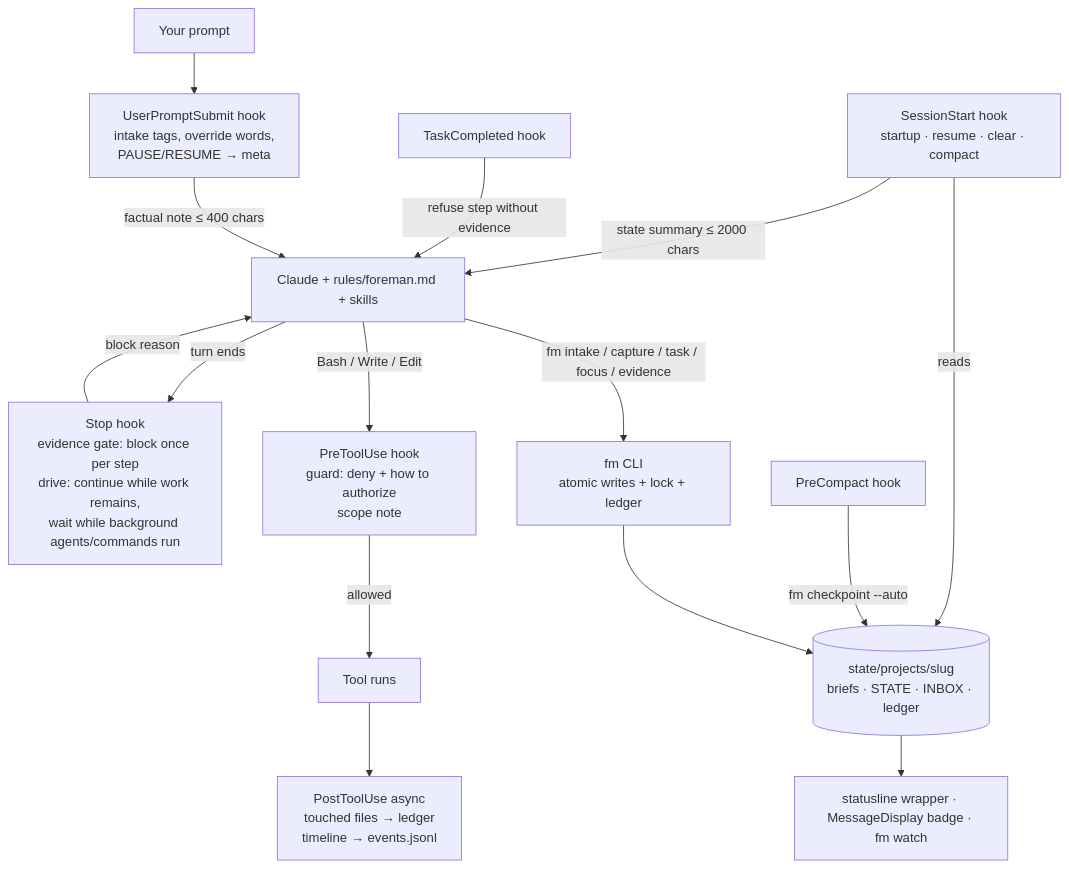
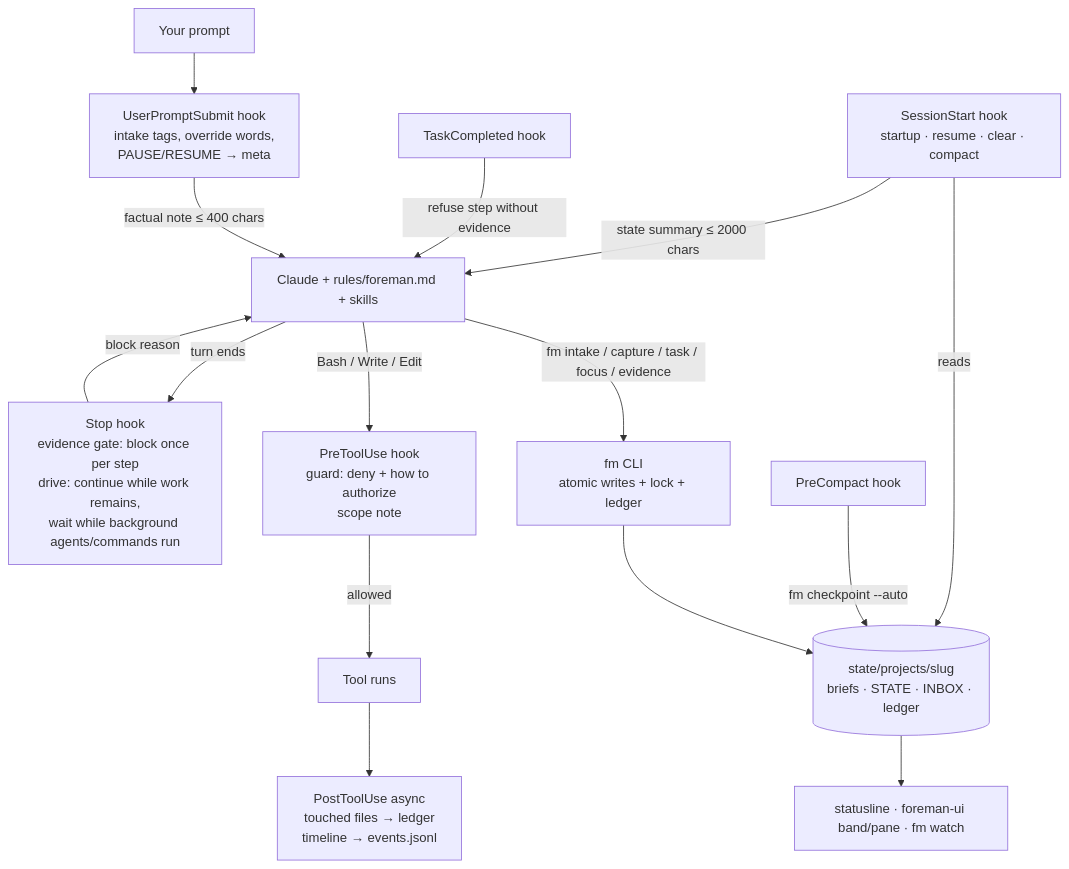
One commit to ChaseSunstrom/foreman changed the diagram in MASTER.md. Above: the diagram before and after it, drawn with Mermaid. The commit also changed other lines of this file and 16 other files, not shown here.

````diff
--- a/MASTER.md
+++ b/MASTER.md
@@ -103,17 +103,17 @@
 ```mermaid
 flowchart TD
     U[Your prompt] --> UPS[UserPromptSubmit hook<br/>intake tags, override words,<br/>PAUSE/RESUME → meta]
     UPS -->|factual note ≤ 400 chars| C[Claude + rules/foreman.md + skills]
     C -->|fm intake / capture / task / focus / evidence| FM[fm CLI<br/>atomic writes + lock + ledger]
     FM --> ST[(state/projects/slug<br/>briefs · STATE · INBOX · ledger)]
     C -->|Bash / Write / Edit| PTU[PreToolUse hook<br/>guard: deny + how to authorize<br/>scope note]
     PTU -->|allowed| T[Tool runs]
     T --> POST[PostToolUse async<br/>touched files → ledger<br/>timeline → events.jsonl]
     C -->|turn ends| STOP[Stop hook<br/>evidence gate: block once per step<br/>drive: continue while work remains,<br/>wait while background agents/commands run]
     STOP -->|block reason| C
     TC[TaskCompleted hook] -->|refuse step without evidence| C
     PC[PreCompact hook] -->|fm checkpoint --auto| ST
     SS[SessionStart hook<br/>startup · resume · clear · compact] -->|reads| ST
     SS -->|state summary ≤ 2000 chars| C
-    ST --> SL[statusline wrapper · MessageDisplay badge · fm watch]
+    ST --> SL[statusline · foreman-ui band/pane · fm watch]
 ```
````
